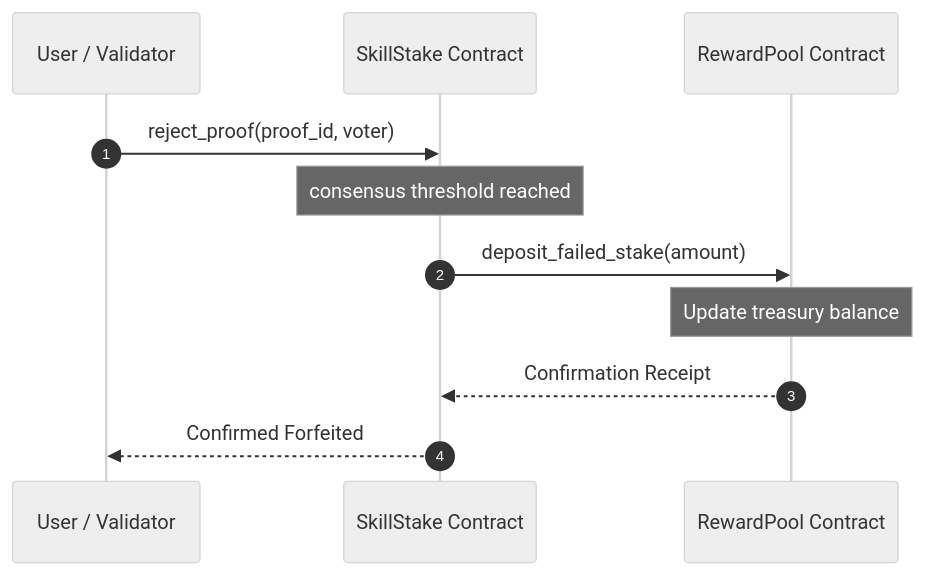
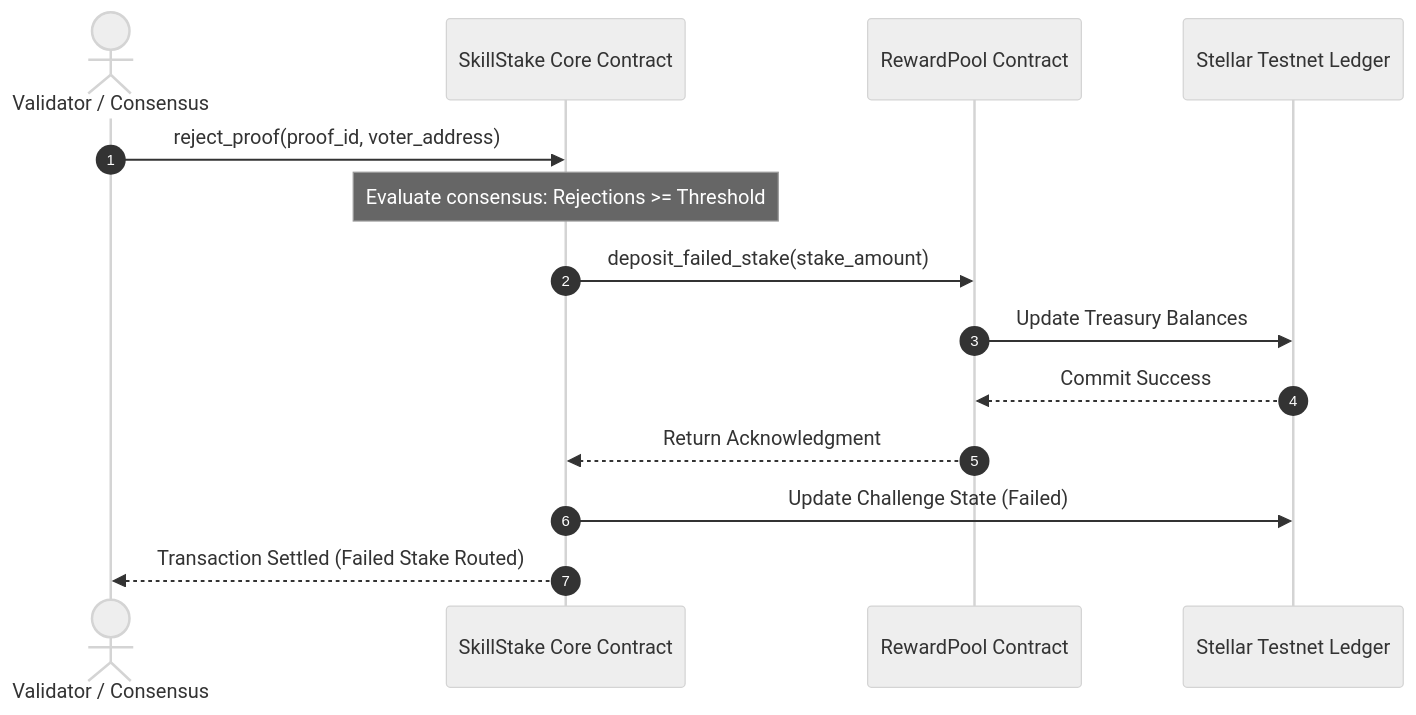
Before and after one commit to Aryaaa-21/SkillStake: the second of 3 diagrams in README.md, drawn with Mermaid (neutral theme). The commit also changed other lines of this file, not shown here.

Commit message:
docs: generate comprehensive Stellar Level 1-5 README for SkillStake

````diff
--- a/README.md
+++ b/README.md
@@ -117,14 +241,17 @@
 ```mermaid
 sequenceDiagram
     autonumber
-    Participant U as User / Validator
-    Participant S as SkillStake Contract
-    Participant R as RewardPool Contract
+    actor Validator as Validator / Consensus
+    participant Core as SkillStake Core Contract
+    participant Pool as RewardPool Contract
+    participant Ledger as Stellar Testnet Ledger
 
-    U->>S: reject_proof(proof_id, voter)
-    Note over S: consensus threshold reached
-    S->>R: deposit_failed_stake(amount)
-    Note over R: Update treasury balance
-    R-->>S: Confirmation Receipt
-    S-->>U: Confirmed Forfeited
+    Validator->>Core: reject_proof(proof_id, voter_address)
+    Note over Core: Evaluate consensus: Rejections >= Threshold
+    Core->>Pool: deposit_failed_stake(stake_amount)
+    Pool->>Ledger: Update Treasury Balances
+    Ledger-->>Pool: Commit Success
+    Pool-->>Core: Return Acknowledgment
+    Core->>Ledger: Update Challenge State (Failed)
+    Core-->>Validator: Transaction Settled (Failed Stake Routed)
 ```
````
